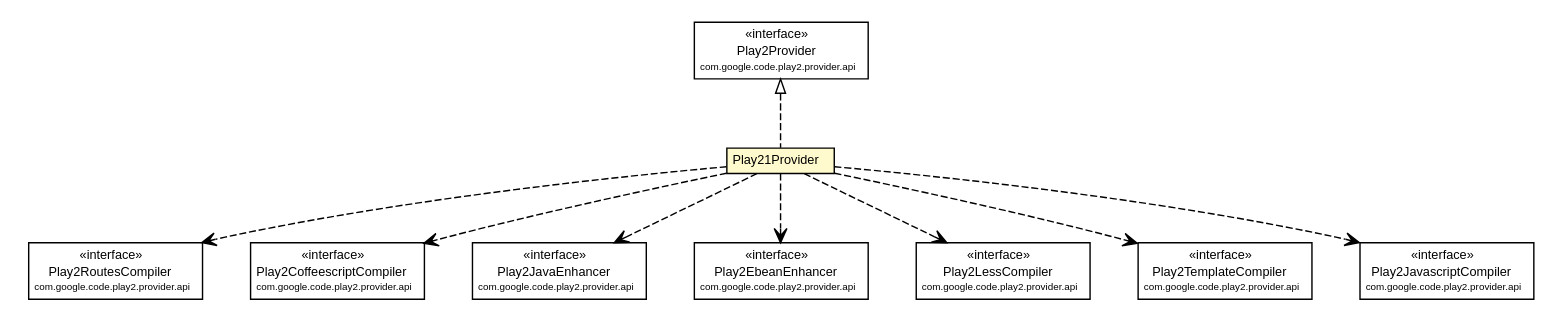
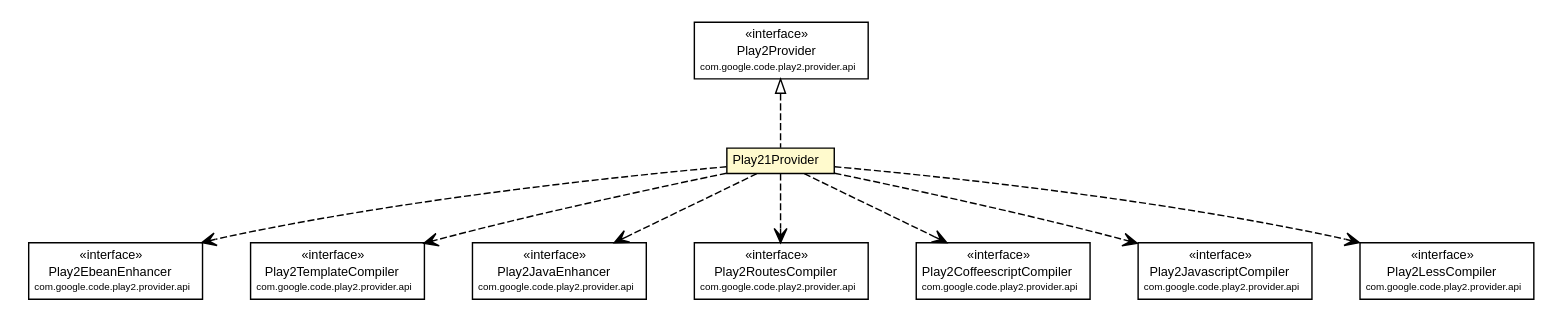
One commit to wouterhardeman/play2-maven-plugin changed the diagram in mavensite/1.0.0-beta2-SNAPSHOT/play2-providers/play2-provider-play21/apidocs/com/google/code/play2/provider/play21/Play21Provider.dot. Above: the diagram before and after it, drawn with Graphviz. The commit also changed 222 other files, not shown here.

```diff
--- a/mavensite/1.0.0-beta2-SNAPSHOT/play2-providers/play2-provider-play21/apidocs/com/google/code/play2/provider/play21/Play21Provider.dot
+++ b/mavensite/1.0.0-beta2-SNAPSHOT/play2-providers/play2-provider-play21/apidocs/com/google/code/play2/provider/play21/Play21Provider.dot
@@ -1,98 +1,98 @@
 #!/usr/local/bin/dot
 #
 # Class diagram 
 # Generated by UMLGraph version R5_6-24-gf6e263 (http://www.umlgraph.org/)
 #
 
 digraph G {
 	edge [fontname="arial",fontsize=10,labelfontname="arial",labelfontsize=10];
 	node [fontname="arial",fontsize=10,shape=plaintext];
 	nodesep=0.25;
 	ranksep=0.5;
 	// com.google.code.play2.provider.play21.Play21Provider
 	c172 [label=<<table title="com.google.code.play2.provider.play21.Play21Provider" border="0" cellborder="1" cellspacing="0" cellpadding="2" port="p" bgcolor="lemonChiffon" href="./Play21Provider.html">
 		<tr><td><table border="0" cellspacing="0" cellpadding="1">
 <tr><td align="center" balign="center"> Play21Provider </td></tr>
 		</table></td></tr>
 		</table>>, URL="./Play21Provider.html", fontname="arial", fontcolor="black", fontsize=9.0];
 	//com.google.code.play2.provider.play21.Play21Provider implements com.google.code.play2.provider.api.Play2Provider
 	c181:p -> c172:p [dir=back,arrowtail=empty,style=dashed];
-	// com.google.code.play2.provider.play21.Play21Provider DEPEND com.google.code.play2.provider.api.Play2RoutesCompiler
+	// com.google.code.play2.provider.play21.Play21Provider DEPEND com.google.code.play2.provider.api.Play2EbeanEnhancer
 	c172:p -> c182:p [taillabel="", label="", headlabel="", fontname="arial", fontcolor="black", fontsize=10.0, color="black", arrowhead=open, style=dashed];
-	// com.google.code.play2.provider.play21.Play21Provider DEPEND com.google.code.play2.provider.api.Play2CoffeescriptCompiler
+	// com.google.code.play2.provider.play21.Play21Provider DEPEND com.google.code.play2.provider.api.Play2TemplateCompiler
 	c172:p -> c183:p [taillabel="", label="", headlabel="", fontname="arial", fontcolor="black", fontsize=10.0, color="black", arrowhead=open, style=dashed];
 	// com.google.code.play2.provider.play21.Play21Provider DEPEND com.google.code.play2.provider.api.Play2JavaEnhancer
 	c172:p -> c184:p [taillabel="", label="", headlabel="", fontname="arial", fontcolor="black", fontsize=10.0, color="black", arrowhead=open, style=dashed];
-	// com.google.code.play2.provider.play21.Play21Provider DEPEND com.google.code.play2.provider.api.Play2EbeanEnhancer
+	// com.google.code.play2.provider.play21.Play21Provider DEPEND com.google.code.play2.provider.api.Play2RoutesCompiler
 	c172:p -> c185:p [taillabel="", label="", headlabel="", fontname="arial", fontcolor="black", fontsize=10.0, color="black", arrowhead=open, style=dashed];
+	// com.google.code.play2.provider.play21.Play21Provider DEPEND com.google.code.play2.provider.api.Play2CoffeescriptCompiler
+	c172:p -> c186:p [taillabel="", label="", headlabel="", fontname="arial", fontcolor="black", fontsize=10.0, color="black", arrowhead=open, style=dashed];
+	// com.google.code.play2.provider.play21.Play21Provider DEPEND com.google.code.play2.provider.api.Play2JavascriptCompiler
+	c172:p -> c187:p [taillabel="", label="", headlabel="", fontname="arial", fontcolor="black", fontsize=10.0, color="black", arrowhead=open, style=dashed];
 	// com.google.code.play2.provider.play21.Play21Provider DEPEND com.google.code.play2.provider.api.Play2LessCompiler
-	c172:p -> c186:p [taillabel="", label="", headlabel="", fontname="arial", fontcolor="black", fontsize=10.0, color="black", arrowhead=open, style=dashed];
-	// com.google.code.play2.provider.play21.Play21Provider DEPEND com.google.code.play2.provider.api.Play2TemplateCompiler
-	c172:p -> c187:p [taillabel="", label="", headlabel="", fontname="arial", fontcolor="black", fontsize=10.0, color="black", arrowhead=open, style=dashed];
-	// com.google.code.play2.provider.play21.Play21Provider DEPEND com.google.code.play2.provider.api.Play2JavascriptCompiler
 	c172:p -> c188:p [taillabel="", label="", headlabel="", fontname="arial", fontcolor="black", fontsize=10.0, color="black", arrowhead=open, style=dashed];
 	// com.google.code.play2.provider.api.Play2EbeanEnhancer
-	c185 [label=<<table title="com.google.code.play2.provider.api.Play2EbeanEnhancer" border="0" cellborder="1" cellspacing="0" cellpadding="2" port="p">
+	c182 [label=<<table title="com.google.code.play2.provider.api.Play2EbeanEnhancer" border="0" cellborder="1" cellspacing="0" cellpadding="2" port="p">
 		<tr><td><table border="0" cellspacing="0" cellpadding="1">
 <tr><td align="center" balign="center"> &#171;interface&#187; </td></tr>
 <tr><td align="center" balign="center"> Play2EbeanEnhancer </td></tr>
 <tr><td align="center" balign="center"><font point-size="7.0"> com.google.code.play2.provider.api </font></td></tr>
 		</table></td></tr>
 		</table>>, URL="null", fontname="arial", fontcolor="black", fontsize=9.0];
 	// com.google.code.play2.provider.api.Play2LessCompiler
-	c186 [label=<<table title="com.google.code.play2.provider.api.Play2LessCompiler" border="0" cellborder="1" cellspacing="0" cellpadding="2" port="p">
+	c188 [label=<<table title="com.google.code.play2.provider.api.Play2LessCompiler" border="0" cellborder="1" cellspacing="0" cellpadding="2" port="p">
 		<tr><td><table border="0" cellspacing="0" cellpadding="1">
 <tr><td align="center" balign="center"> &#171;interface&#187; </td></tr>
 <tr><td align="center" balign="center"> Play2LessCompiler </td></tr>
 <tr><td align="center" balign="center"><font point-size="7.0"> com.google.code.play2.provider.api </font></td></tr>
 		</table></td></tr>
 		</table>>, URL="null", fontname="arial", fontcolor="black", fontsize=9.0];
 	// com.google.code.play2.provider.api.Play2CoffeescriptCompiler
-	c183 [label=<<table title="com.google.code.play2.provider.api.Play2CoffeescriptCompiler" border="0" cellborder="1" cellspacing="0" cellpadding="2" port="p">
+	c186 [label=<<table title="com.google.code.play2.provider.api.Play2CoffeescriptCompiler" border="0" cellborder="1" cellspacing="0" cellpadding="2" port="p">
 		<tr><td><table border="0" cellspacing="0" cellpadding="1">
 <tr><td align="center" balign="center"> &#171;interface&#187; </td></tr>
 <tr><td align="center" balign="center"> Play2CoffeescriptCompiler </td></tr>
 <tr><td align="center" balign="center"><font point-size="7.0"> com.google.code.play2.provider.api </font></td></tr>
 		</table></td></tr>
 		</table>>, URL="null", fontname="arial", fontcolor="black", fontsize=9.0];
 	// com.google.code.play2.provider.api.Play2JavaEnhancer
 	c184 [label=<<table title="com.google.code.play2.provider.api.Play2JavaEnhancer" border="0" cellborder="1" cellspacing="0" cellpadding="2" port="p">
 		<tr><td><table border="0" cellspacing="0" cellpadding="1">
 <tr><td align="center" balign="center"> &#171;interface&#187; </td></tr>
 <tr><td align="center" balign="center"> Play2JavaEnhancer </td></tr>
 <tr><td align="center" balign="center"><font point-size="7.0"> com.google.code.play2.provider.api </font></td></tr>
 		</table></td></tr>
 		</table>>, URL="null", fontname="arial", fontcolor="black", fontsize=9.0];
 	// com.google.code.play2.provider.api.Play2RoutesCompiler
-	c182 [label=<<table title="com.google.code.play2.provider.api.Play2RoutesCompiler" border="0" cellborder="1" cellspacing="0" cellpadding="2" port="p">
+	c185 [label=<<table title="com.google.code.play2.provider.api.Play2RoutesCompiler" border="0" cellborder="1" cellspacing="0" cellpadding="2" port="p">
 		<tr><td><table border="0" cellspacing="0" cellpadding="1">
 <tr><td align="center" balign="center"> &#171;interface&#187; </td></tr>
 <tr><td align="center" balign="center"> Play2RoutesCompiler </td></tr>
 <tr><td align="center" balign="center"><font point-size="7.0"> com.google.code.play2.provider.api </font></td></tr>
 		</table></td></tr>
 		</table>>, URL="null", fontname="arial", fontcolor="black", fontsize=9.0];
 	// com.google.code.play2.provider.api.Play2JavascriptCompiler
-	c188 [label=<<table title="com.google.code.play2.provider.api.Play2JavascriptCompiler" border="0" cellborder="1" cellspacing="0" cellpadding="2" port="p">
+	c187 [label=<<table title="com.google.code.play2.provider.api.Play2JavascriptCompiler" border="0" cellborder="1" cellspacing="0" cellpadding="2" port="p">
 		<tr><td><table border="0" cellspacing="0" cellpadding="1">
 <tr><td align="center" balign="center"> &#171;interface&#187; </td></tr>
 <tr><td align="center" balign="center"> Play2JavascriptCompiler </td></tr>
 <tr><td align="center" balign="center"><font point-size="7.0"> com.google.code.play2.provider.api </font></td></tr>
 		</table></td></tr>
 		</table>>, URL="null", fontname="arial", fontcolor="black", fontsize=9.0];
 	// com.google.code.play2.provider.api.Play2Provider
 	c181 [label=<<table title="com.google.code.play2.provider.api.Play2Provider" border="0" cellborder="1" cellspacing="0" cellpadding="2" port="p">
 		<tr><td><table border="0" cellspacing="0" cellpadding="1">
 <tr><td align="center" balign="center"> &#171;interface&#187; </td></tr>
 <tr><td align="center" balign="center"> Play2Provider </td></tr>
 <tr><td align="center" balign="center"><font point-size="7.0"> com.google.code.play2.provider.api </font></td></tr>
 		</table></td></tr>
 		</table>>, URL="null", fontname="arial", fontcolor="black", fontsize=9.0];
 	// com.google.code.play2.provider.api.Play2TemplateCompiler
-	c187 [label=<<table title="com.google.code.play2.provider.api.Play2TemplateCompiler" border="0" cellborder="1" cellspacing="0" cellpadding="2" port="p">
+	c183 [label=<<table title="com.google.code.play2.provider.api.Play2TemplateCompiler" border="0" cellborder="1" cellspacing="0" cellpadding="2" port="p">
 		<tr><td><table border="0" cellspacing="0" cellpadding="1">
 <tr><td align="center" balign="center"> &#171;interface&#187; </td></tr>
 <tr><td align="center" balign="center"> Play2TemplateCompiler </td></tr>
 <tr><td align="center" balign="center"><font point-size="7.0"> com.google.code.play2.provider.api </font></td></tr>
 		</table></td></tr>
 		</table>>, URL="null", fontname="arial", fontcolor="black", fontsize=9.0];
 }
```
